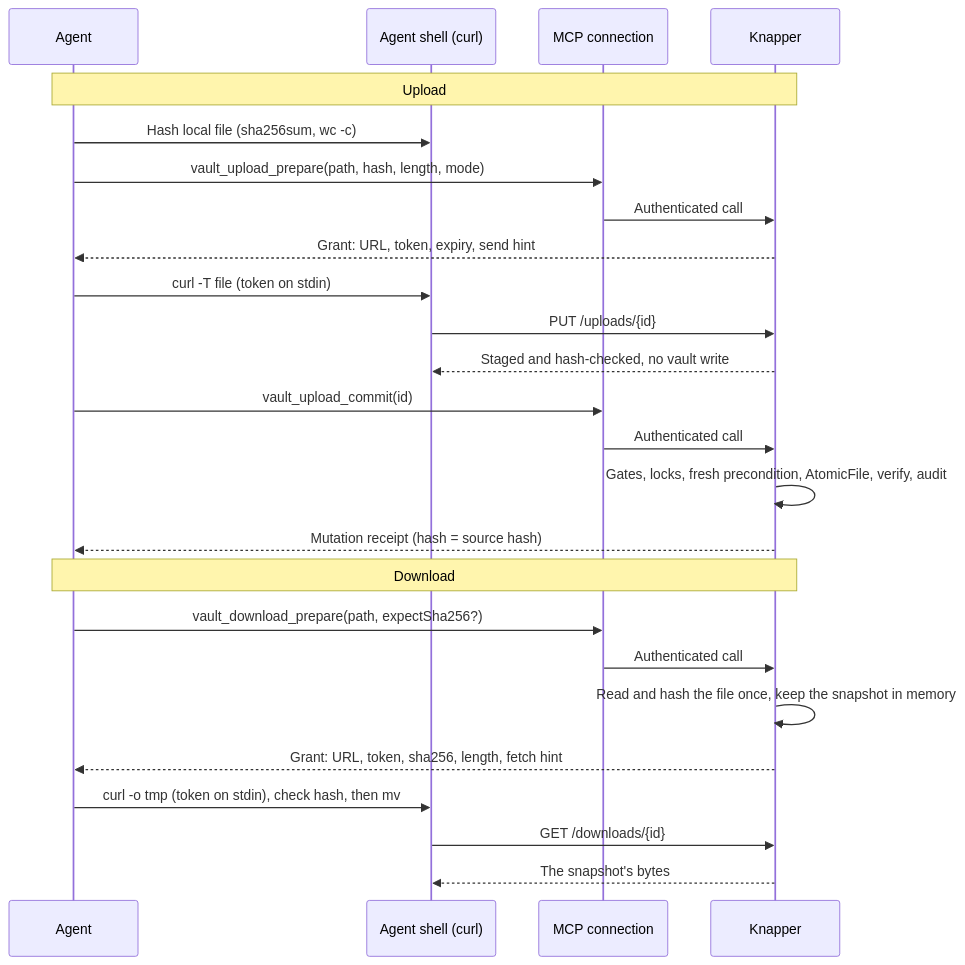
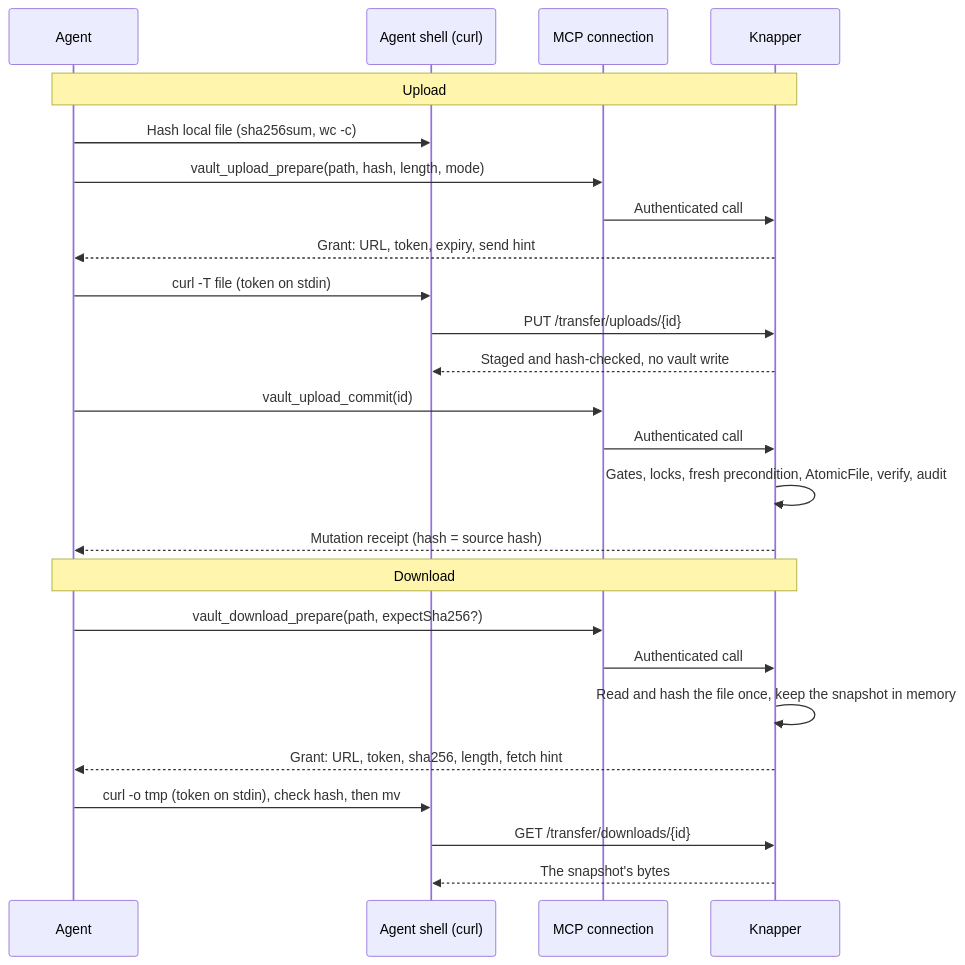
The diagram in docs/proposals/transfer-grants.md (djdelaney/Knapper), drawn with Mermaid before and after one commit. The commit also changed other lines of this file, not shown here.

First line of the commit message:
transfer-grants: close the remaining decisions, one /transfer prefix

````diff
--- a/docs/proposals/transfer-grants.md
+++ b/docs/proposals/transfer-grants.md
@@ -106,29 +111,29 @@
 ```mermaid
 %% No semicolons in message text. Mermaid reads a semicolon as a statement
 %% separator, and GitHub then refuses to render the whole diagram.
 sequenceDiagram
     participant A as Agent
     participant S as Agent shell (curl)
     participant M as MCP connection
     participant K as Knapper
     Note over A,K: Upload
     A->>S: Hash local file (sha256sum, wc -c)
     A->>M: vault_upload_prepare(path, hash, length, mode)
     M->>K: Authenticated call
     K-->>A: Grant: URL, token, expiry, send hint
     A->>S: curl -T file (token on stdin)
-    S->>K: PUT /uploads/{id}
+    S->>K: PUT /transfer/uploads/{id}
     K-->>S: Staged and hash-checked, no vault write
     A->>M: vault_upload_commit(id)
     M->>K: Authenticated call
     K->>K: Gates, locks, fresh precondition, AtomicFile, verify, audit
     K-->>A: Mutation receipt (hash = source hash)
     Note over A,K: Download
     A->>M: vault_download_prepare(path, expectSha256?)
     M->>K: Authenticated call
     K->>K: Read and hash the file once, keep the snapshot in memory
     K-->>A: Grant: URL, token, sha256, length, fetch hint
     A->>S: curl -o tmp (token on stdin), check hash, then mv
-    S->>K: GET /downloads/{id}
+    S->>K: GET /transfer/downloads/{id}
     K-->>S: The snapshot's bytes
 ```
````
